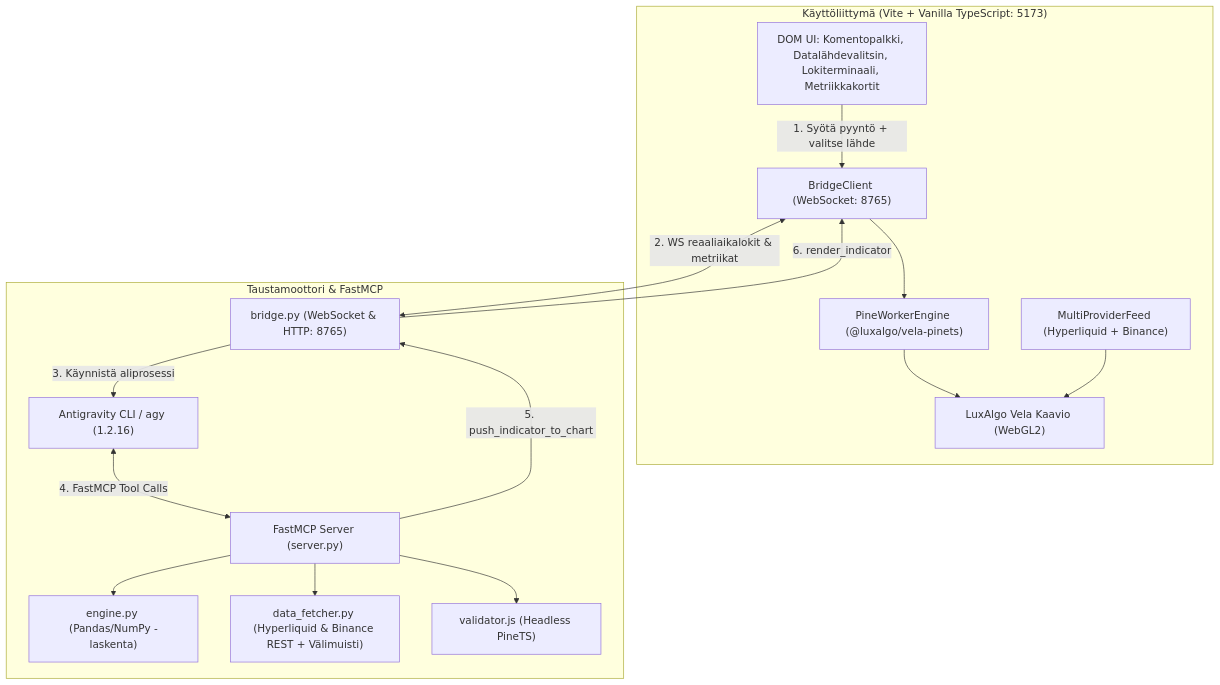
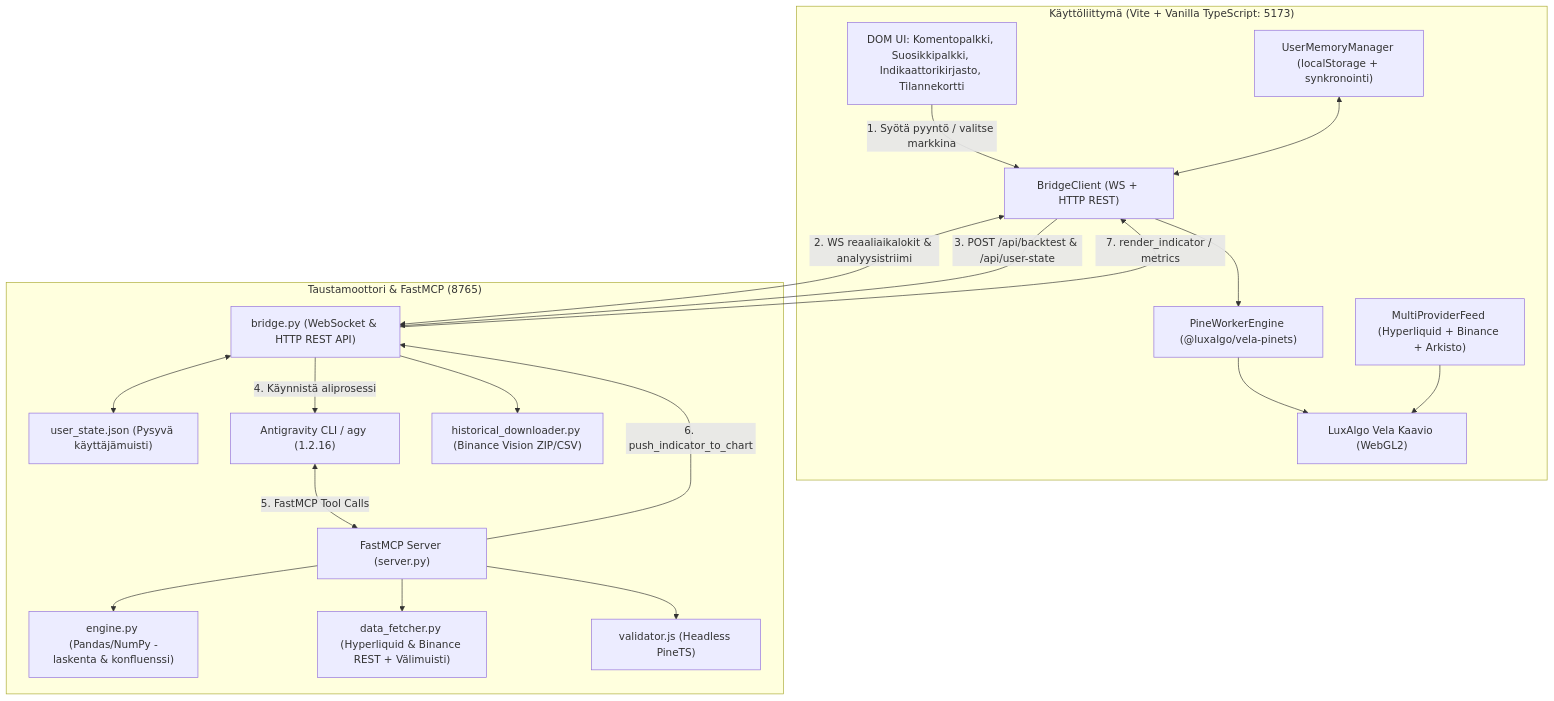
One commit to KoodiHauki/VELA-AGENT-WORKBENCH changed the diagram in README.md. Above: the diagram before and after it, drawn with Mermaid. The commit also changed other lines of this file and 6 other files, not shown here.

````diff
--- a/README.md
+++ b/README.md
@@ -15,32 +15,39 @@
 ```mermaid
 flowchart TD
     subgraph Browser ["Käyttöliittymä (Vite + Vanilla TypeScript: 5173)"]
-        UI["DOM UI: Komentopalkki, Datalähdevalitsin, Lokiterminaali, Metriikkakortit"]
+        UI["DOM UI: Komentopalkki, Suosikkipalkki, Indikaattorikirjasto, Tilannekortti"]
         Vela["LuxAlgo Vela Kaavio (WebGL2)"]
-        MultiFeed["MultiProviderFeed (Hyperliquid + Binance)"]
+        MultiFeed["MultiProviderFeed (Hyperliquid + Binance + Arkisto)"]
         PineWorker["PineWorkerEngine (@luxalgo/vela-pinets)"]
-        BridgeClient["BridgeClient (WebSocket: 8765)"]
+        BridgeClient["BridgeClient (WS + HTTP REST)"]
+        UserMemory["UserMemoryManager (localStorage + synkronointi)"]
     end
 
-    subgraph BackendHost ["Taustamoottori & FastMCP"]
-        Bridge["bridge.py (WebSocket & HTTP: 8765)"]
+    subgraph BackendHost ["Taustamoottori & FastMCP (8765)"]
+        Bridge["bridge.py (WebSocket & HTTP REST API)"]
+        UserState["user_state.json (Pysyvä käyttäjämuisti)"]
         Antigravity["Antigravity CLI / agy (1.2.16)"]
         FastMCP["FastMCP Server (server.py)"]
-        Engine["engine.py (Pandas/NumPy -laskenta)"]
+        Engine["engine.py (Pandas/NumPy -laskenta & konfluenssi)"]
         Fetcher["data_fetcher.py (Hyperliquid & Binance REST + Välimuisti)"]
+        HistDownloader["historical_downloader.py (Binance Vision ZIP/CSV)"]
         Validator["validator.js (Headless PineTS)"]
     end
 
-    UI -->|1. Syötä pyyntö + valitse lähde| BridgeClient
-    BridgeClient <-->|2. WS reaaliaikalokit & metriikat| Bridge
-    Bridge -->|3. Käynnistä aliprosessi| Antigravity
-    Antigravity <-->|4. FastMCP Tool Calls| FastMCP
+    UI -->|1. Syötä pyyntö / valitse markkina| BridgeClient
+    BridgeClient <-->|2. WS reaaliaikalokit & analyysistriimi| Bridge
+    BridgeClient -->|3. POST /api/backtest & /api/user-state| Bridge
+    Bridge <--> UserState
+    UserMemory <--> BridgeClient
+    Bridge -->|4. Käynnistä aliprosessi| Antigravity
+    Antigravity <-->|5. FastMCP Tool Calls| FastMCP
     FastMCP --> Fetcher
     FastMCP --> Engine
     FastMCP --> Validator
-    FastMCP -->|5. push_indicator_to_chart| Bridge
-    Bridge -->|6. render_indicator| BridgeClient
+    Bridge --> HistDownloader
+    FastMCP -->|6. push_indicator_to_chart| Bridge
+    Bridge -->|7. render_indicator / metrics| BridgeClient
     BridgeClient --> PineWorker
     PineWorker --> Vela
     MultiFeed --> Vela
 ```
````
